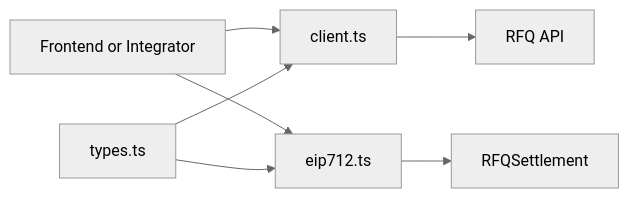
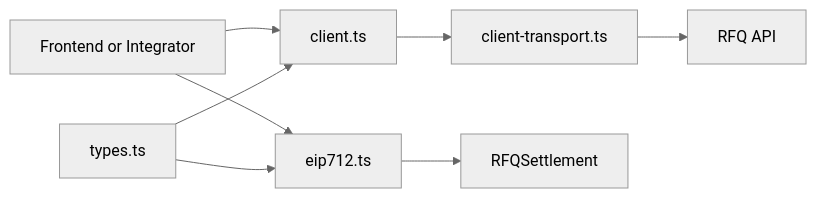
The first of 3 diagrams in book/Volume6-Frontend-And-SDK/Chapter04-SDK.md (alvis-ai/production-grade-web3-rfq-market-maker), drawn with Mermaid (neutral theme) before and after one commit. The commit also changed other lines of this file and 17 other files, not shown here.

````diff
--- a/book/Volume6-Frontend-And-SDK/Chapter04-SDK.md
+++ b/book/Volume6-Frontend-And-SDK/Chapter04-SDK.md
@@ -49,16 +51,18 @@
 ```mermaid
 flowchart LR
   Types[types.ts]
   Client[client.ts]
+  Transport[client-transport.ts]
   EIP712[eip712.ts]
   App[Frontend or Integrator]
   API[RFQ API]
   Contract[RFQSettlement]
 
   App --> Client
-  Client --> API
+  Client --> Transport
+  Transport --> API
   App --> EIP712
   EIP712 --> Contract
   Types --> Client
   Types --> EIP712
 ```
````
